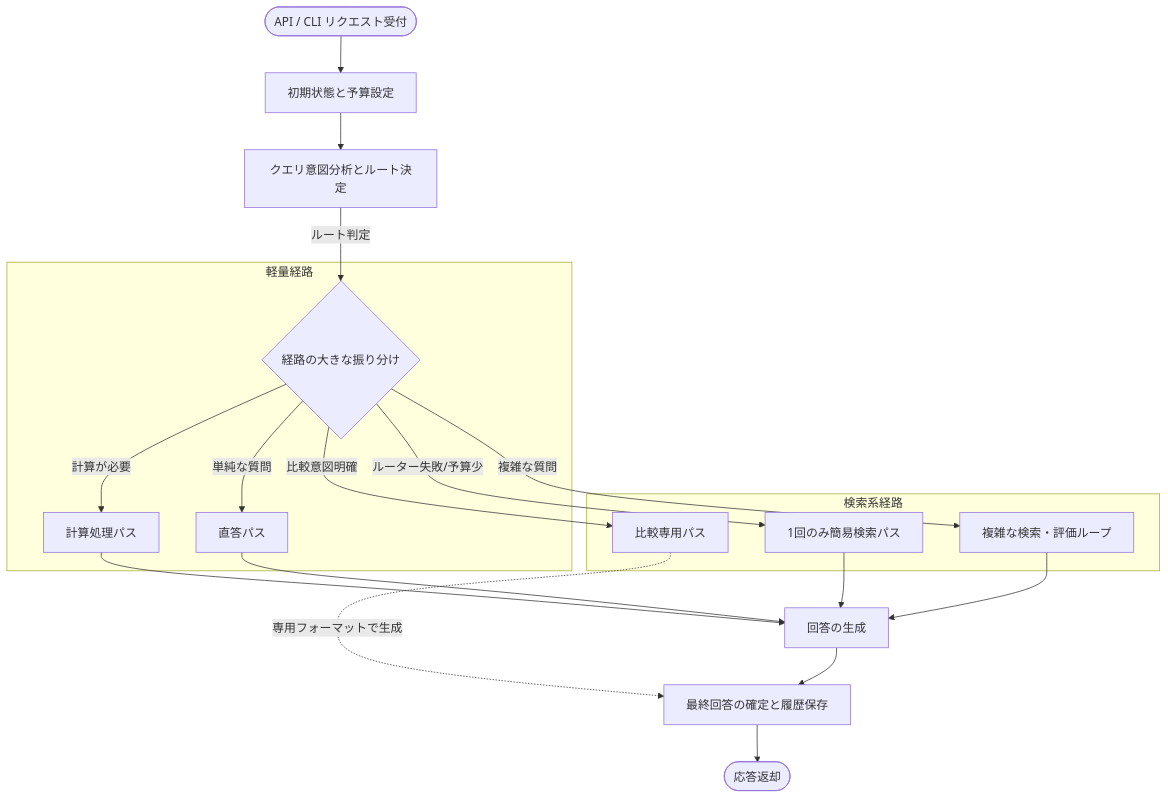
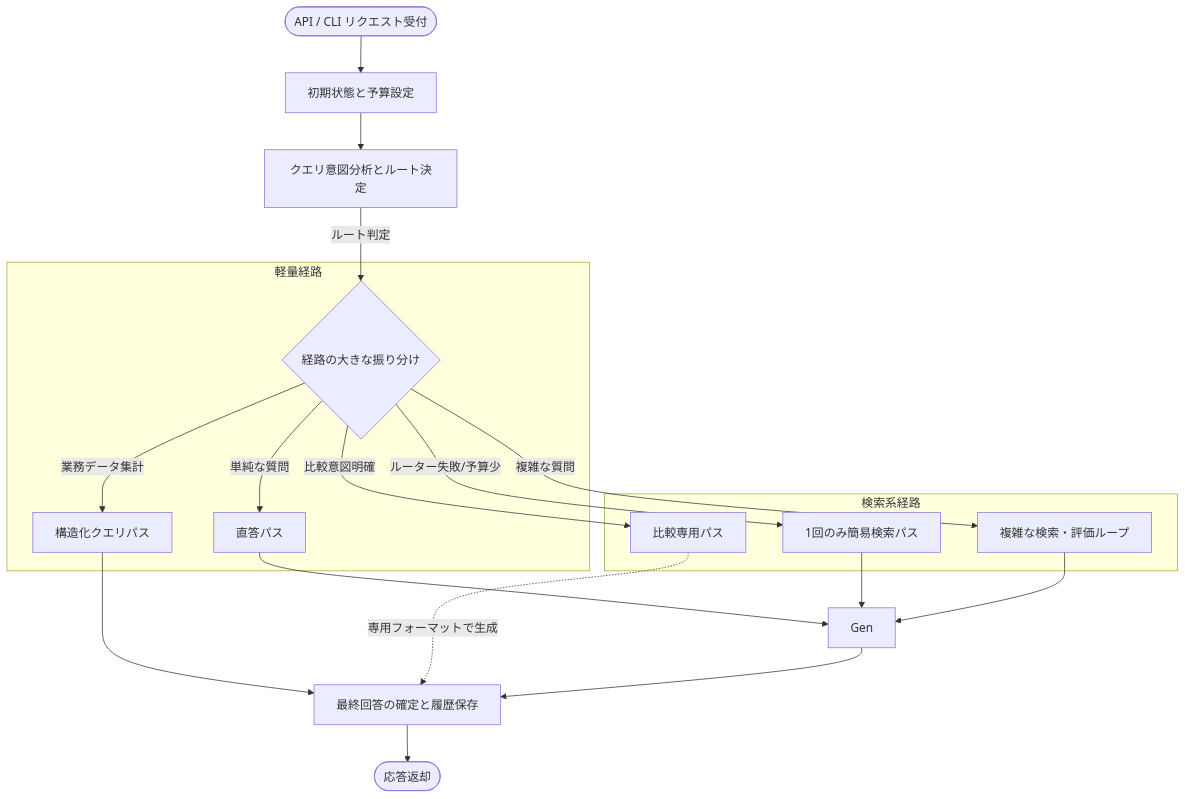
Before and after one commit to mlprototype/ai-agent-rag: the diagram in docs/diagrams/global_flow.md, drawn with Mermaid. The commit also changed 26 other files, not shown here.

````diff
--- a/docs/diagrams/global_flow.md
+++ b/docs/diagrams/global_flow.md
@@ -5,27 +5,27 @@
 ```mermaid
 flowchart TD
     Start([API / CLI リクエスト受付]) --> Init[初期状態と予算設定]
     Init --> Route[クエリ意図分析とルート決定]
     
     Route -->|ルート判定| Branch{経路の大きな振り分け}
     
     subgraph 軽量経路
-        Branch -->|計算が必要| Calc[計算処理パス]
         Branch -->|単純な質問| Direct[直答パス]
+        Branch -->|業務データ集計| Structured[構造化クエリパス]
     end
 
     subgraph 検索系経路
         Branch -->|比較意図明確| Compare[比較専用パス]
         Branch -->|ルーター失敗/予算少| Fallback[1回のみ簡易検索パス]
         Branch -->|複雑な質問| Agentic[複雑な検索・評価ループ]
     end
 
-    Calc --> Gen[回答の生成]
     Direct --> Gen
+    Structured --> Commit
     Fallback --> Gen
     Agentic --> Gen
     
     Compare -.->|専用フォーマットで生成| Commit
     Gen --> Commit[最終回答の確定と履歴保存]
     Commit --> End([応答返却])
 ```
````
